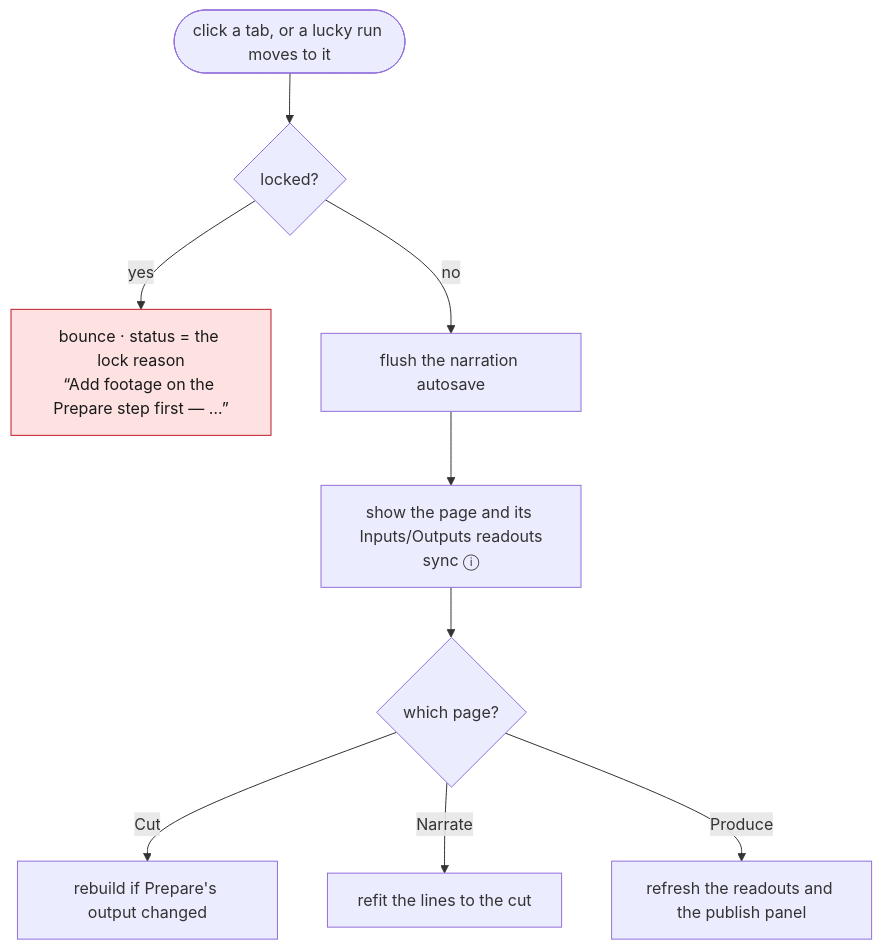
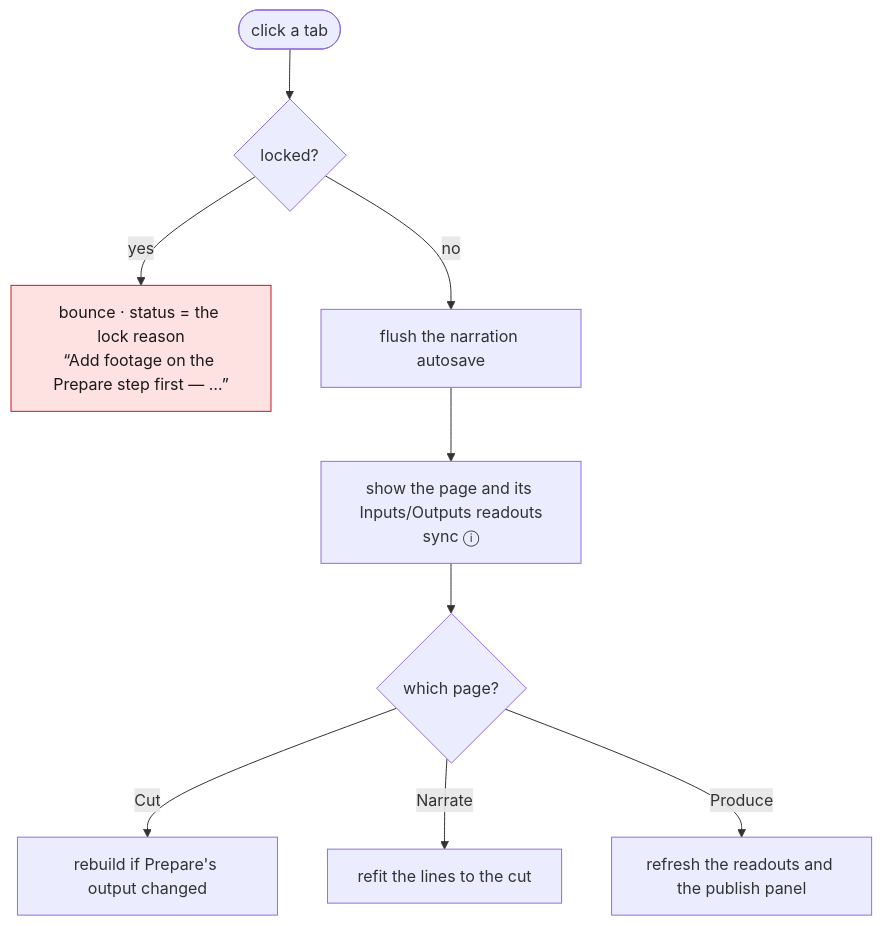
One commit to tbocek/naivepost changed the first of 12 diagrams in spec/03-shell.md. Above: the diagram before and after it, drawn with Mermaid. The commit also changed other lines of this file and 537 other files, not shown here.

````diff
--- a/spec/03-shell.md
+++ b/spec/03-shell.md
@@ -29,13 +32,13 @@
 ```mermaid
 flowchart TD
-  A(["click a tab, or a lucky run moves to it"]) --> B{"locked?"}
+  A(["click a tab"]) --> B{"locked?"}
   B -- yes --> R["bounce · status = the lock reason<br/>“Add footage on the Prepare step first — …”"]:::refuse
   B -- no --> C["flush the narration autosave"]
   C --> D["show the page and its Inputs/Outputs readouts<br/>sync ⓘ"]
   D --> E{"which page?"}
   E -- Cut --> E1["rebuild if Prepare's output changed"]
   E -- Narrate --> E2["refit the lines to the cut"]
   E -- Produce --> E3["refresh the readouts and the publish panel"]
   classDef refuse fill:#fde2e1,stroke:#c01c28,color:#1a1a1a
   classDef done fill:#e3f1e6,stroke:#2e7d32,color:#1a1a1a
 ```
````
